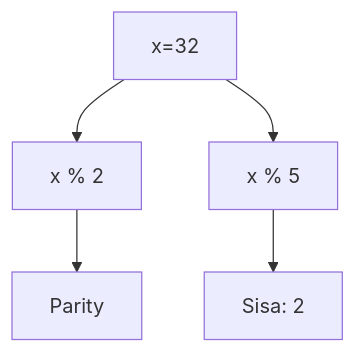
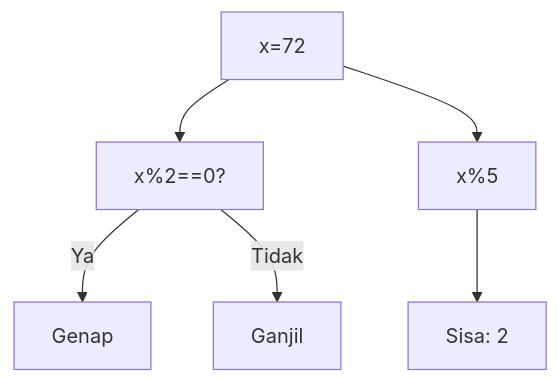
Before and after one commit to amnahwaida/OSNK_INF_PREP: diagram 18 of 25 in part-c-pemahaman-cpp/05-rekursi/latihan/set-11.md, drawn with Mermaid. The commit also changed other lines of this file and 71 other files, not shown here.

Commit message:
Fixed Mermaid syntax lexical errors with quoted labels in 1,800 questions

````diff
--- a/part-c-pemahaman-cpp/05-rekursi/latihan/set-11.md
+++ b/part-c-pemahaman-cpp/05-rekursi/latihan/set-11.md
@@ -501,7 +571,8 @@
 ```mermaid
 graph TD
-A[x=32] --> B[x % 2]
-B --> C[Parity]
-A --> D[x % 5]
-D --> E[Sisa: 2]
+A["x=72"] --> B["x%2==0?"]
+B -- Ya --> C["Genap"]
+B -- Tidak --> D["Ganjil"]
+A --> E["x%5"]
+E --> F["Sisa: 2"]
 ```
````
